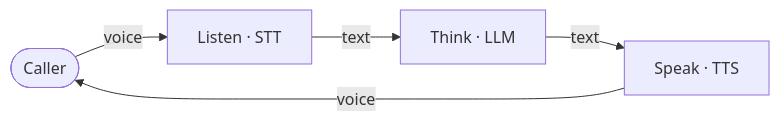
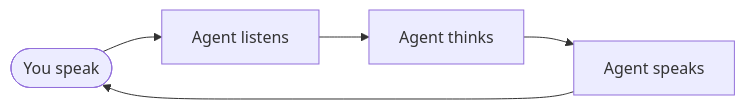
Before and after one commit to saaniya-afreen/mintlify-docs: the second of 2 diagrams in introduction.mdx, drawn with Mermaid. The commit also changed other lines of this file and 13 other files, not shown here.

````diff
--- a/introduction.mdx
+++ b/introduction.mdx
@@ -29,12 +80,7 @@
 ```mermaid
 flowchart LR
-  User([Caller])
-  STT[Listen · STT]
-  LLM[Think · LLM]
-  TTS[Speak · TTS]
-
-  User -->|voice| STT
-  STT -->|text| LLM
-  LLM -->|text| TTS
-  TTS -->|voice| User
+  User([You speak]) --> STT[Agent listens]
+  STT --> LLM[Agent thinks]
+  LLM --> TTS[Agent speaks]
+  TTS --> User
 ```
````
